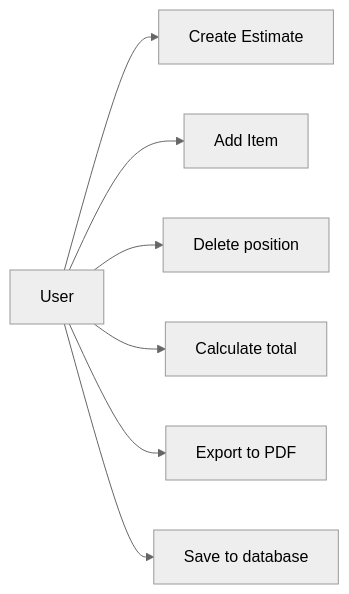
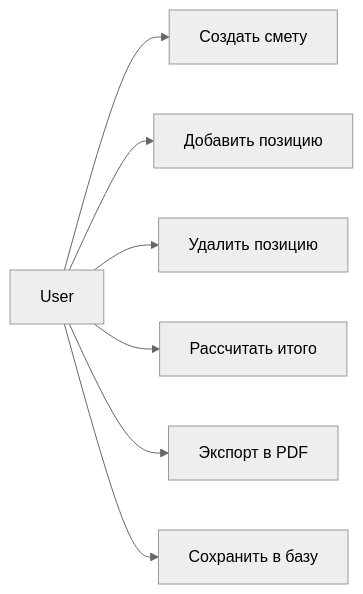
The fourth of 5 diagrams in docs/DIAGRAMS.md (YashaChortov/SmetaCourseWork), drawn with Mermaid (neutral theme) before and after one commit.

````diff
--- a/docs/DIAGRAMS.md
+++ b/docs/DIAGRAMS.md
@@ -58,9 +58,9 @@
 ```mermaid
 flowchart LR
-    User --> CreateEstimate["Create Estimate"]
-    User --> AddItem["Add Item"]
-    User --> DeletePosition["Delete position"]
-    User --> CalculateTotal["Calculate total"]
-    User --> ExportToPDF["Export to PDF"]
-    User --> SaveToDatabase["Save to database"]
+    User --> CreateEstimate["Создать смету"]
+    User --> AddItem["Добавить позицию"]
+    User --> DeletePosition["Удалить позицию"]
+    User --> CalculateTotal["Рассчитать итого"]
+    User --> ExportToPDF["Экспорт в PDF"]
+    User --> SaveToDatabase["Сохранить в базу"]
 ```
````
